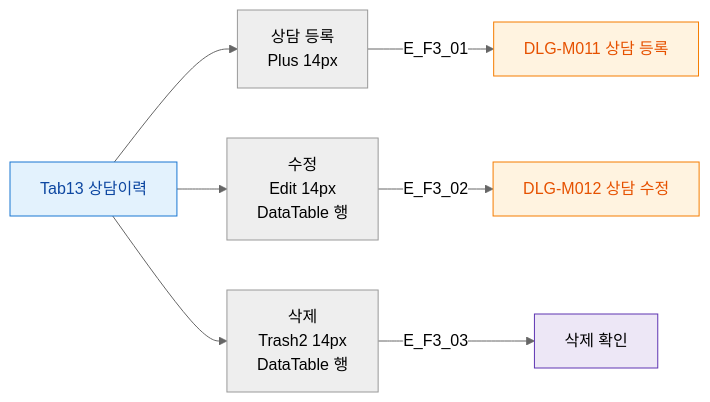
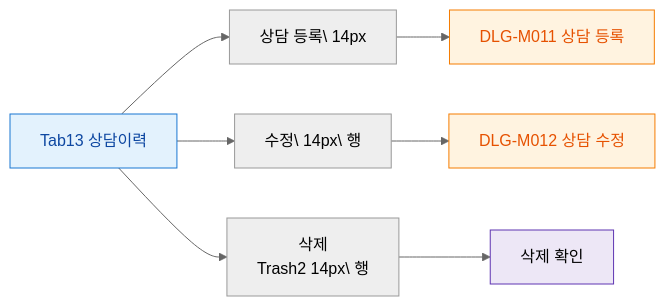
One commit to dev-spogym/admin-pando changed the diagram in docs/다이어그램/D02_회원관리/SCR-M004_회원상세/Tab13_상담이력/F3_버튼액션.md. Above: the diagram before and after it, drawn with Mermaid (neutral theme). The commit also changed other lines of this file and 1660 other files, not shown here.

First line of the commit message:
다이어그램: 기획자/클라이언트 납품본으로 정리

````diff
--- a/docs/다이어그램/D02_회원관리/SCR-M004_회원상세/Tab13_상담이력/F3_버튼액션.md
+++ b/docs/다이어그램/D02_회원관리/SCR-M004_회원상세/Tab13_상담이력/F3_버튼액션.md
@@ -22,17 +20,17 @@
 ```mermaid
 flowchart LR
-  TAB[Tab13 상담이력] --> B1[상담 등록\nPlus 14px]
-  TAB --> B2[수정\nEdit 14px\nDataTable 행]
-  TAB --> B3[삭제\nTrash2 14px\nDataTable 행]
+  TAB[Tab13 상담이력] --> B1[상담 등록\ 14px]
+  TAB --> B2[수정\ 14px\ 행]
+  TAB --> B3[삭제\nTrash2 14px\ 행]
 
-  B1 -->|E_F3_01| DLG_M011[DLG-M011 상담 등록]
-  B2 -->|E_F3_02| DLG_M012[DLG-M012 상담 수정]
-  B3 -->|E_F3_03| DEL_CONFIRM[삭제 확인]
+  B1 --> DLG_M011[DLG-M011 상담 등록]
+  B2 --> DLG_M012[DLG-M012 상담 수정]
+  B3 --> DEL_CONFIRM[삭제 확인]
 
   classDef screen fill:#E3F2FD,stroke:#1976D2,color:#0D47A1
   classDef modal fill:#FFF3E0,stroke:#F57C00,color:#E65100
   classDef system fill:#EDE7F6,stroke:#5E35B2
   class TAB screen
   class DLG_M011,DLG_M012 modal
   class DEL_CONFIRM system
 ```
````
